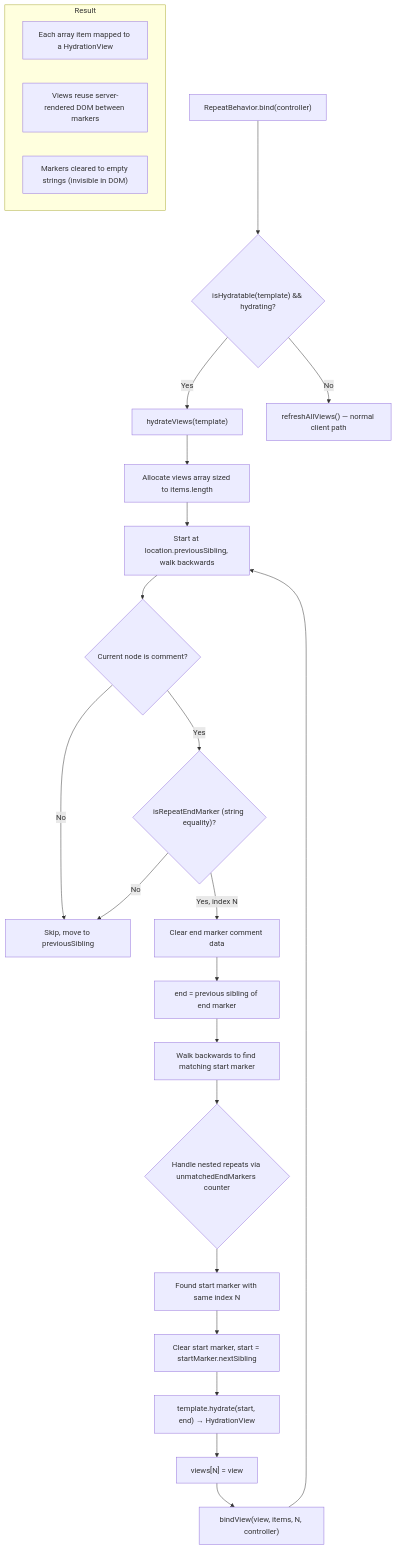
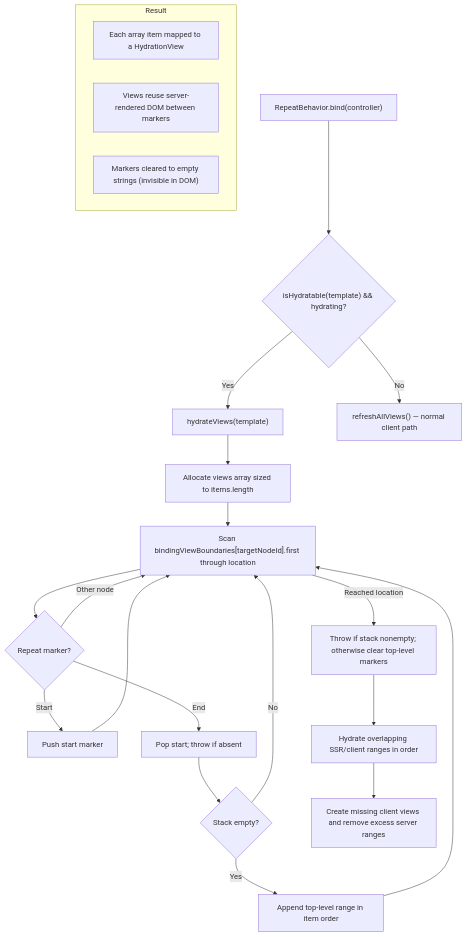
Diagram 11 of 12 in packages/fast-element/docs/template-bindings.md (microsoft/fast), drawn with Mermaid before and after one commit. The commit also changed other lines of this file and 21 other files, not shown here.

````diff
--- a/packages/fast-element/docs/template-bindings.md
+++ b/packages/fast-element/docs/template-bindings.md
@@ -446,31 +461,27 @@
 ```mermaid
 flowchart TD
     A["RepeatBehavior.bind(controller)"] --> B{"isHydratable(template) && hydrating?"}
     B -->|Yes| C["hydrateViews(template)"]
     B -->|No| D["refreshAllViews() — normal client path"]
 
     C --> E["Allocate views array sized to items.length"]
-    E --> F["Start at location.previousSibling, walk backwards"]
-
-    F --> G{"Current node is comment?"}
-    G -->|No| H["Skip, move to previousSibling"]
-    G -->|Yes| I{"isRepeatEndMarker (string equality)?"}
-    I -->|No| H
-    I -->|Yes, index N| J["Clear end marker comment data"]
-
-    J --> K["end = previous sibling of end marker"]
-    K --> L["Walk backwards to find matching start marker"]
-    L --> M{"Handle nested repeats via unmatchedEndMarkers counter"}
-    M --> N["Found start marker with same index N"]
-    N --> O["Clear start marker, start = startMarker.nextSibling"]
-    O --> P["template.hydrate(start, end) → HydrationView"]
-    P --> Q["views[N] = view"]
-    Q --> R["bindView(view, items, N, controller)"]
-    R --> F
+    E --> F["Scan bindingViewBoundaries[targetNodeId].first through location"]
+    F --> G{"Repeat marker?"}
+    G -->|Start| H["Push start marker"]
+    G -->|End| I["Pop start; throw if absent"]
+    I --> J{"Stack empty?"}
+    J -->|Yes| K["Append top-level range in item order"]
+    J -->|No| F
+    H --> F
+    K --> F
+    G -->|Other node| F
+    F -->|Reached location| L["Throw if stack nonempty; otherwise clear top-level markers"]
+    L --> M["Hydrate overlapping SSR/client ranges in order"]
+    M --> N["Create missing client views and remove excess server ranges"]
 
     subgraph "Result"
         S["Each array item mapped to a HydrationView"]
         T["Views reuse server-rendered DOM between markers"]
         U["Markers cleared to empty strings (invisible in DOM)"]
     end
 ```
````
